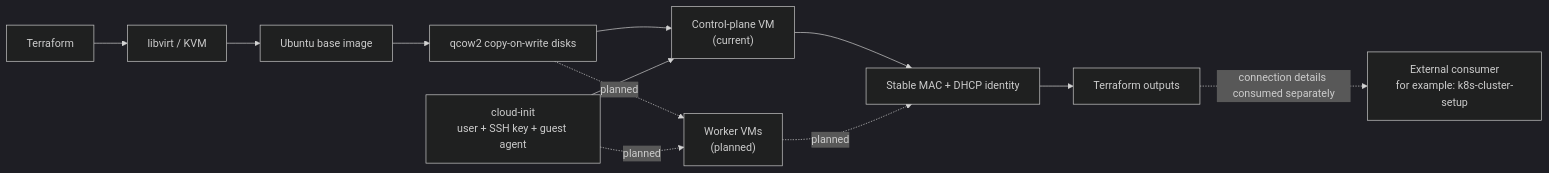
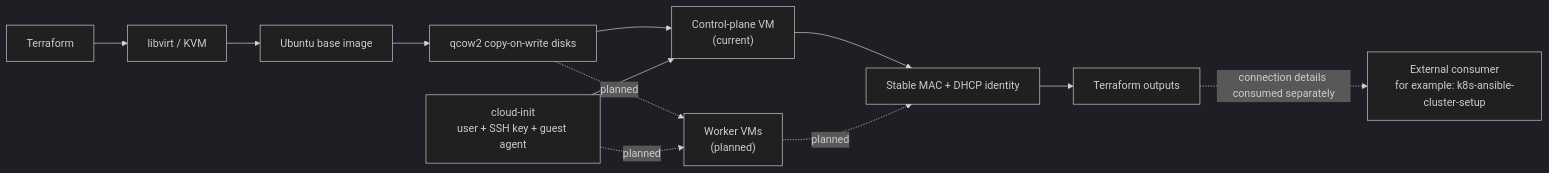
One commit to edimatt/k8s-terraform-cluster-setup changed the diagram in README.md. Above: the diagram before and after it, drawn with Mermaid (dark theme). The commit also changed other lines of this file, not shown here.

Commit message:
docs: update Ansible repository references

````diff
--- a/README.md
+++ b/README.md
@@ -51,14 +51,14 @@
 ```mermaid
 flowchart LR
     TF["Terraform"] --> LV["libvirt / KVM"]
     LV --> IMG["Ubuntu base image"]
     IMG --> DISKS["qcow2 copy-on-write disks"]
     DISKS --> CP["Control-plane VM<br/>(current)"]
     DISKS -. planned .-> WK["Worker VMs<br/>(planned)"]
     CI["cloud-init<br/>user + SSH key + guest agent"] --> CP
     CI -. planned .-> WK
     CP --> ID["Stable MAC + DHCP identity"]
     WK -. planned .-> ID
     ID --> OUT["Terraform outputs"]
-    OUT -. connection details consumed separately .-> EXT["External consumer<br/>for example: k8s-cluster-setup"]
+    OUT -. connection details consumed separately .-> EXT["External consumer<br/>for example: k8s-ansible-cluster-setup"]
 ```
````
